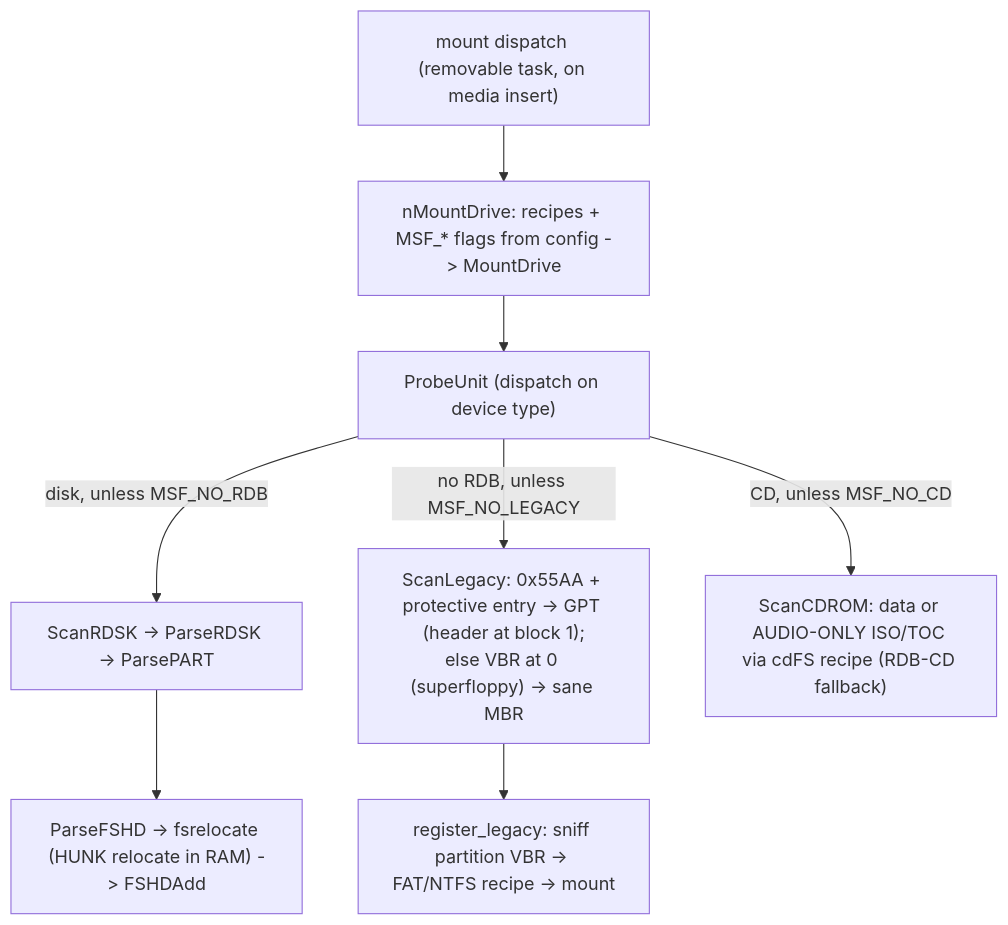
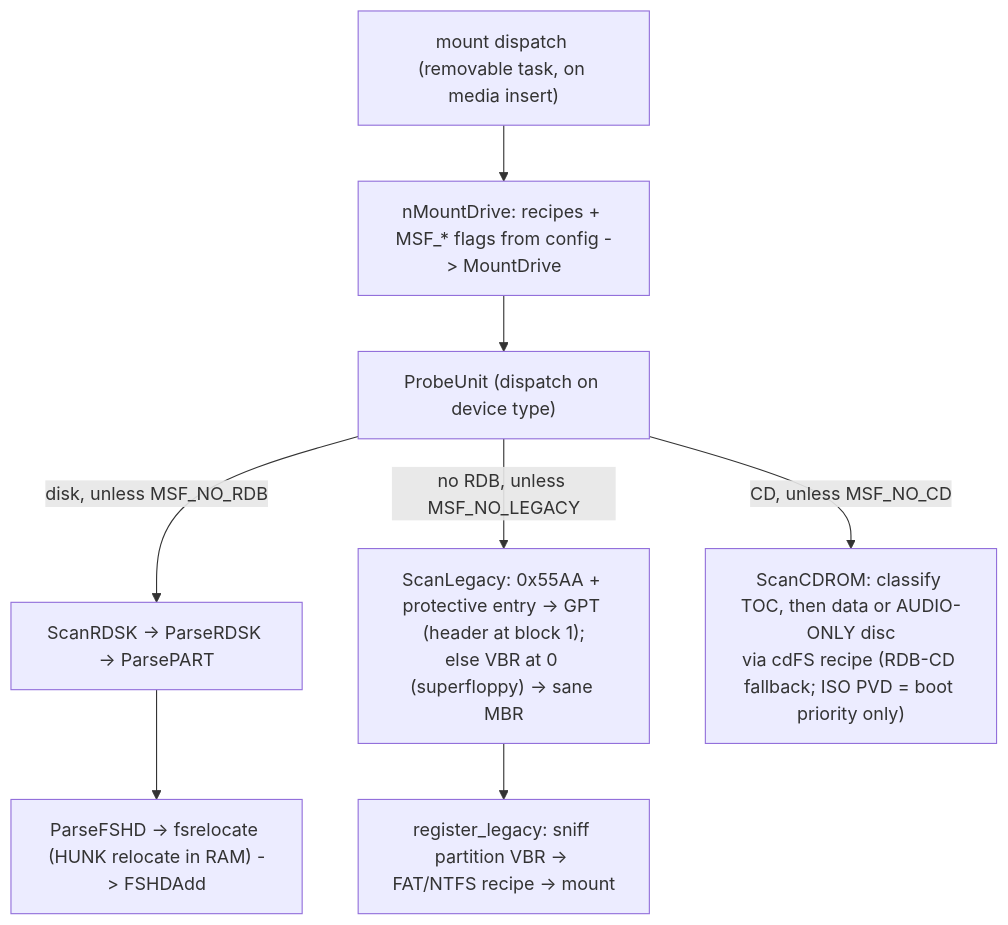
Before and after one commit to rondoval/poseidon-backport: the tenth of 12 diagrams in docs/massstorage.class-architecture.md, drawn with Mermaid. The commit also changed other lines of this file and 2 other files, not shown here.

````diff
--- a/docs/massstorage.class-architecture.md
+++ b/docs/massstorage.class-architecture.md
@@ -666,11 +667,11 @@
 ```mermaid
 flowchart TD
     DISP["mount dispatch (removable task, on media insert)"]
     DISP --> MD["nMountDrive: recipes + MSF_* flags from config -> MountDrive"]
     MD --> PU["ProbeUnit (dispatch on device type)"]
     PU -->|"disk, unless MSF_NO_RDB"| RDB["ScanRDSK -> ParseRDSK -> ParsePART"]
     RDB --> FS["ParseFSHD -> fsrelocate (HUNK relocate in RAM) -> FSHDAdd"]
     PU -->|"no RDB, unless MSF_NO_LEGACY"| LEG["ScanLegacy: 0x55AA + protective entry -> GPT (header at block 1);<br/>else VBR at 0 (superfloppy) -> sane MBR"]
     LEG --> REG["register_legacy: sniff partition VBR -> FAT/NTFS recipe -> mount"]
-    PU -->|"CD, unless MSF_NO_CD"| CD["ScanCDROM: data or AUDIO-ONLY ISO/TOC via cdFS recipe (RDB-CD fallback)"]
+    PU -->|"CD, unless MSF_NO_CD"| CD["ScanCDROM: classify TOC, then data or AUDIO-ONLY disc<br/>via cdFS recipe (RDB-CD fallback; ISO PVD = boot priority only)"]
 ```
````
